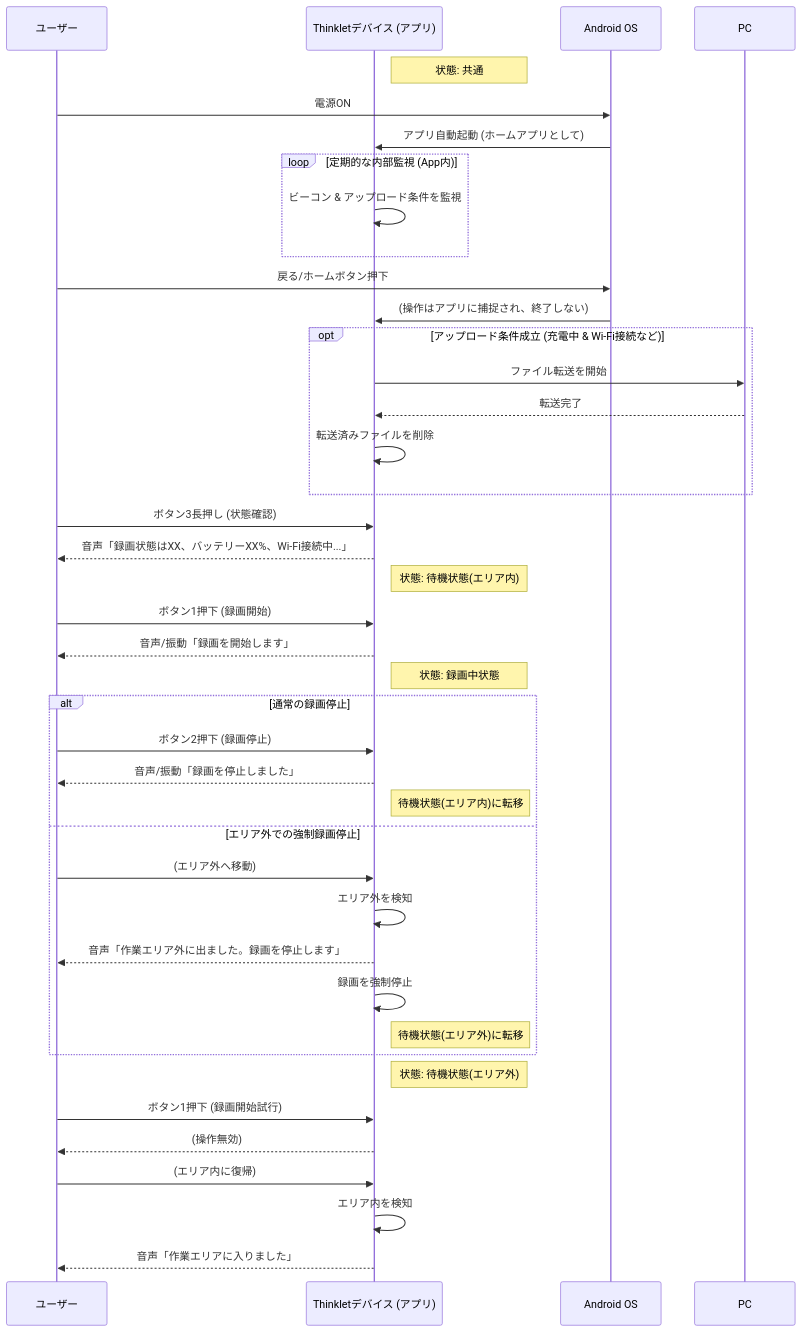
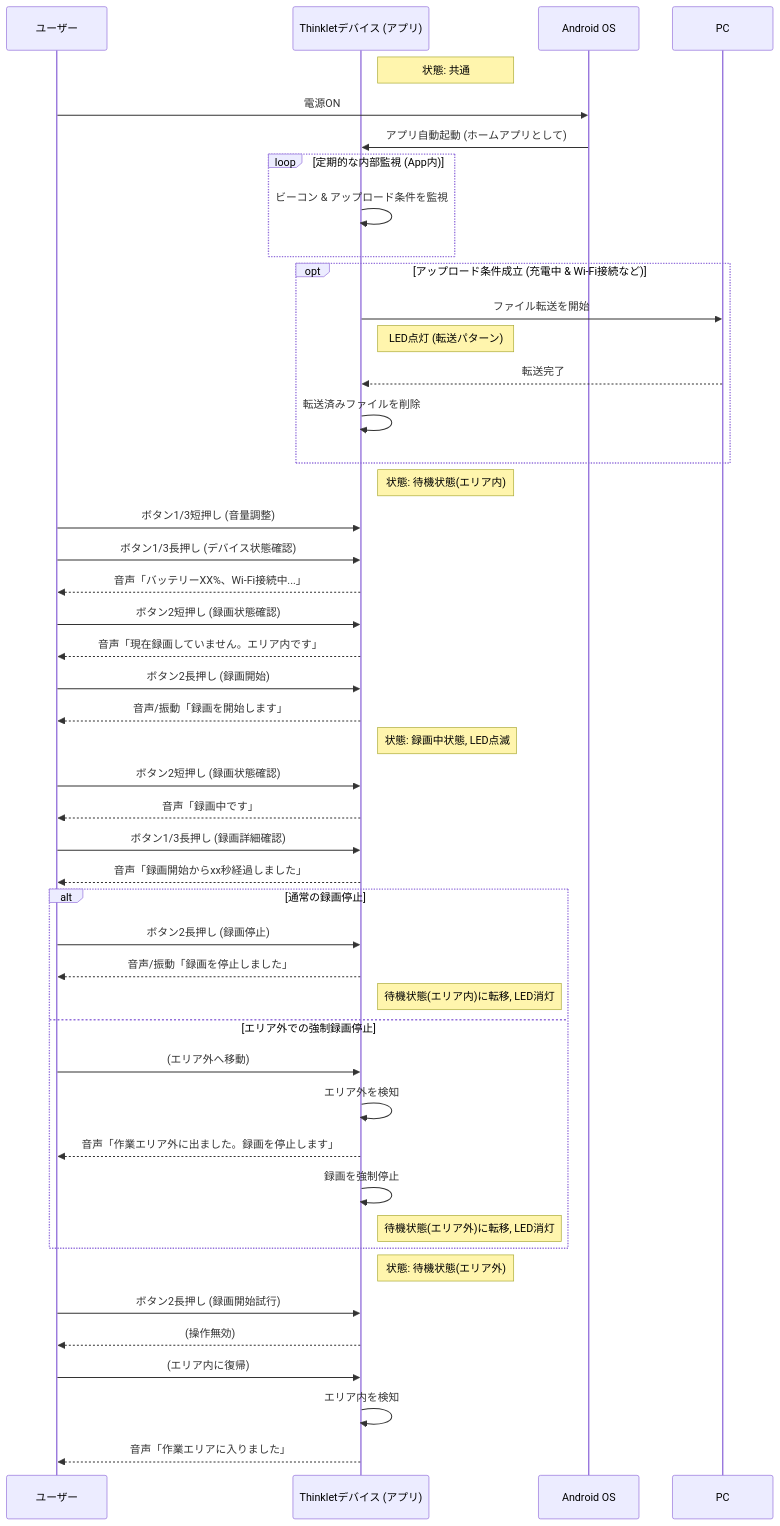
Before and after one commit to yyren7/thinklet.fivechannel.video.recorder: the first of 3 diagrams in docs/android_spec.md, drawn with Mermaid. The commit also changed other lines of this file, not shown here.

Commit message:
更新Android规格文档，修改录制控制功能的按钮操作描述，明确待机状态和录制状态下的音量调节及状态反馈，优化状态迁移图以反映最新的操作逻辑。

````diff
--- a/docs/android_spec.md
+++ b/docs/android_spec.md
@@ -133,49 +140,56 @@
 ```mermaid
 sequenceDiagram
     participant User as ユーザー
     participant Device as Thinkletデバイス (アプリ)
     participant AndroidOS as Android OS
     participant PC as PC
     Note right of Device: 状態: 共通
     User->>AndroidOS: 電源ON
     AndroidOS->>Device: アプリ自動起動 (ホームアプリとして)
     loop 定期的な内部監視 (App内)
         Device->>Device: ビーコン & アップロード条件を監視
     end
-    User->>AndroidOS: 戻る/ホームボタン押下
-    AndroidOS->>Device: (操作はアプリに捕捉され、終了しない)
 
     opt アップロード条件成立 (充電中 & Wi-Fi接続など)
         Device->>PC: ファイル転送を開始
+        Note right of Device: LED点灯 (転送パターン)
         PC-->>Device: 転送完了
         Device->>Device: 転送済みファイルを削除
     end
-    User->>Device: ボタン3長押し (状態確認)
-    Device-->>User: 音声「録画状態はXX、バッテリーXX%、Wi-Fi接続中...」
+
     Note right of Device: 状態: 待機状態(エリア内)
+    User->>Device: ボタン1/3短押し (音量調整)
+    User->>Device: ボタン1/3長押し (デバイス状態確認)
+    Device-->>User: 音声「バッテリーXX%、Wi-Fi接続中...」
+    User->>Device: ボタン2短押し (録画状態確認)
+    Device-->>User: 音声「現在録画していません。エリア内です」
 
-    User->>Device: ボタン1押下 (録画開始)
+    User->>Device: ボタン2長押し (録画開始)
     Device-->>User: 音声/振動「録画を開始します」
-    Note right of Device: 状態: 録画中状態
+    Note right of Device: 状態: 録画中状態, LED点滅
+
+    User->>Device: ボタン2短押し (録画状態確認)
+    Device-->>User: 音声「録画中です」
+    User->>Device: ボタン1/3長押し (録画詳細確認)
+    Device-->>User: 音声「録画開始からxx秒経過しました」
 
     alt 通常の録画停止
-        User->>Device: ボタン2押下 (録画停止)
+        User->>Device: ボタン2長押し (録画停止)
         Device-->>User: 音声/振動「録画を停止しました」
-        Note right of Device: 待機状態(エリア内)に転移
+        Note right of Device: 待機状態(エリア内)に転移, LED消灯
     else エリア外での強制録画停止
         User->>Device: (エリア外へ移動)
         Device->>Device: エリア外を検知
         Device-->>User: 音声「作業エリア外に出ました。録画を停止します」
         Device->>Device: 録画を強制停止
-        Note right of Device: 待機状態(エリア外)に転移
+        Note right of Device: 待機状態(エリア外)に転移, LED消灯
     end
+
     Note right of Device: 状態: 待機状態(エリア外)
-    User->>Device: ボタン1押下 (録画開始試行)
+    User->>Device: ボタン2長押し (録画開始試行)
     Device-->>User: (操作無効)
 
     User->>Device: (エリア内に復帰)
     Device->>Device: エリア内を検知
     Device-->>User: 音声「作業エリアに入りました」
-
-
 ```
````
